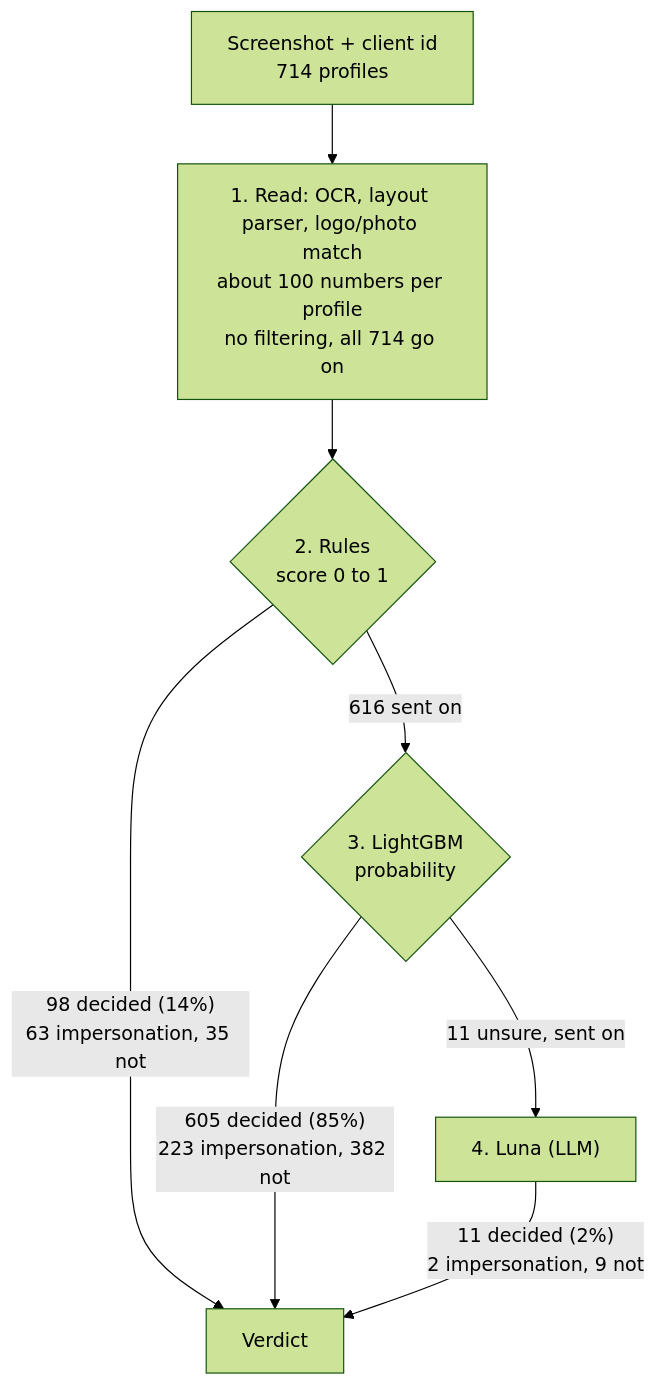
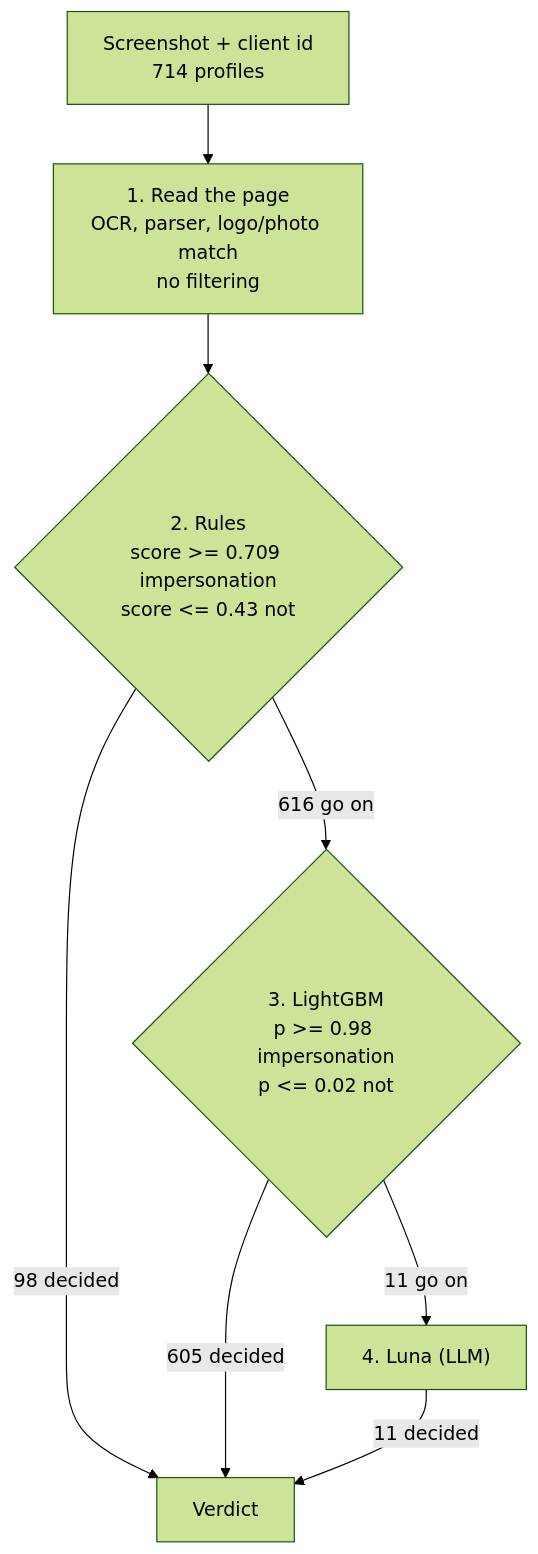
The diagram in inference/impersonation/README.md (JayJajooEAI/DRP), drawn with Mermaid (forest theme) before and after one commit. The commit also changed other lines of this file and 5 other files, not shown here.

````diff
--- a/inference/impersonation/README.md
+++ b/inference/impersonation/README.md
@@ -29,10 +32,10 @@
 ```mermaid
 flowchart TD
-    A["Screenshot + client id<br/>714 profiles"] --> B["1. Read: OCR, layout parser, logo/photo match<br/>about 100 numbers per profile<br/>no filtering, all 714 go on"]
-    B --> C{"2. Rules<br/>score 0 to 1"}
-    C -->|"98 decided (14%)<br/>63 impersonation, 35 not"| Z["Verdict"]
-    C -->|"616 sent on"| D{"3. LightGBM<br/>probability"}
-    D -->|"605 decided (85%)<br/>223 impersonation, 382 not"| Z
-    D -->|"11 unsure, sent on"| E["4. Luna (LLM)"]
-    E -->|"11 decided (2%)<br/>2 impersonation, 9 not"| Z
+    A["Screenshot + client id<br/>714 profiles"] --> B["1. Read the page<br/>OCR, parser, logo/photo match<br/>no filtering"]
+    B --> C{"2. Rules<br/>score >= 0.709 impersonation<br/>score <= 0.43 not"}
+    C -->|"98 decided"| Z["Verdict"]
+    C -->|"616 go on"| D{"3. LightGBM<br/>p >= 0.98 impersonation<br/>p <= 0.02 not"}
+    D -->|"605 decided"| Z
+    D -->|"11 go on"| E["4. Luna (LLM)"]
+    E -->|"11 decided"| Z
 ```
````
